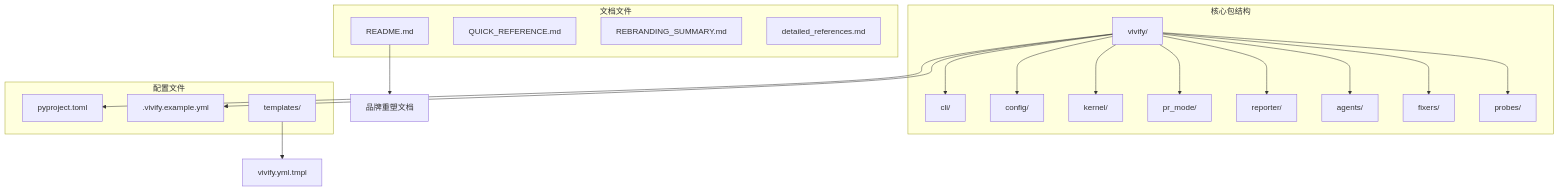
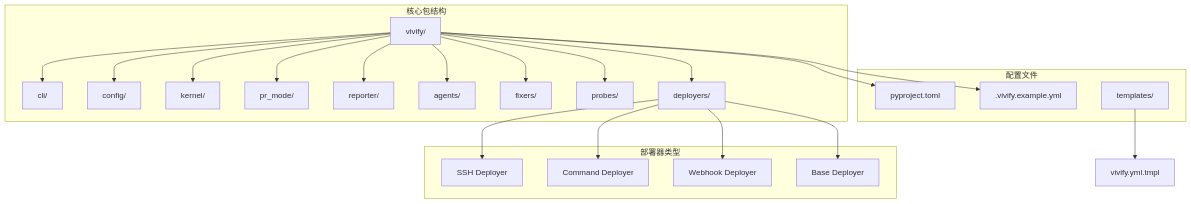
Before and after one commit to pinsonchen/vivify: the first of 8 diagrams in .qoder/repowiki/zh/content/技术实现参考/代码替换策略/核心内核循环和文档更新.md, drawn with Mermaid. The commit also changed other lines of this file and 4 other files, not shown here.

````diff
--- a/.qoder/repowiki/zh/content/技术实现参考/代码替换策略/核心内核循环和文档更新.md
+++ b/.qoder/repowiki/zh/content/技术实现参考/代码替换策略/核心内核循环和文档更新.md
@@ -30,28 +48,32 @@
 ```mermaid
 graph TB
 subgraph "核心包结构"
 A[vivify/] --> B[cli/]
 A --> C[config/]
 A --> D[kernel/]
 A --> E[pr_mode/]
 A --> F[reporter/]
 A --> G[agents/]
 A --> H[fixers/]
 A --> I[probes/]
+A --> J[deployers/]
 end
 subgraph "配置文件"
-J[pyproject.toml]
-K[.vivify.example.yml]
-L[templates/]
+K[pyproject.toml]
+L[.vivify.example.yml]
+M[templates/]
 end
-subgraph "文档文件"
-M[README.md]
-N[QUICK_REFERENCE.md]
-O[REBRANDING_SUMMARY.md]
-P[detailed_references.md]
+subgraph "部署器类型"
+N[SSH Deployer]
+O[Command Deployer]
+P[Webhook Deployer]
+Q[Base Deployer]
 end
-A --> J
 A --> K
-L --> Q[vivify.yml.tmpl]
-M --> R[品牌重塑文档]
+A --> L
+M --> R[vivify.yml.tmpl]
+J --> N
+J --> O
+J --> P
+J --> Q
 ```
````
